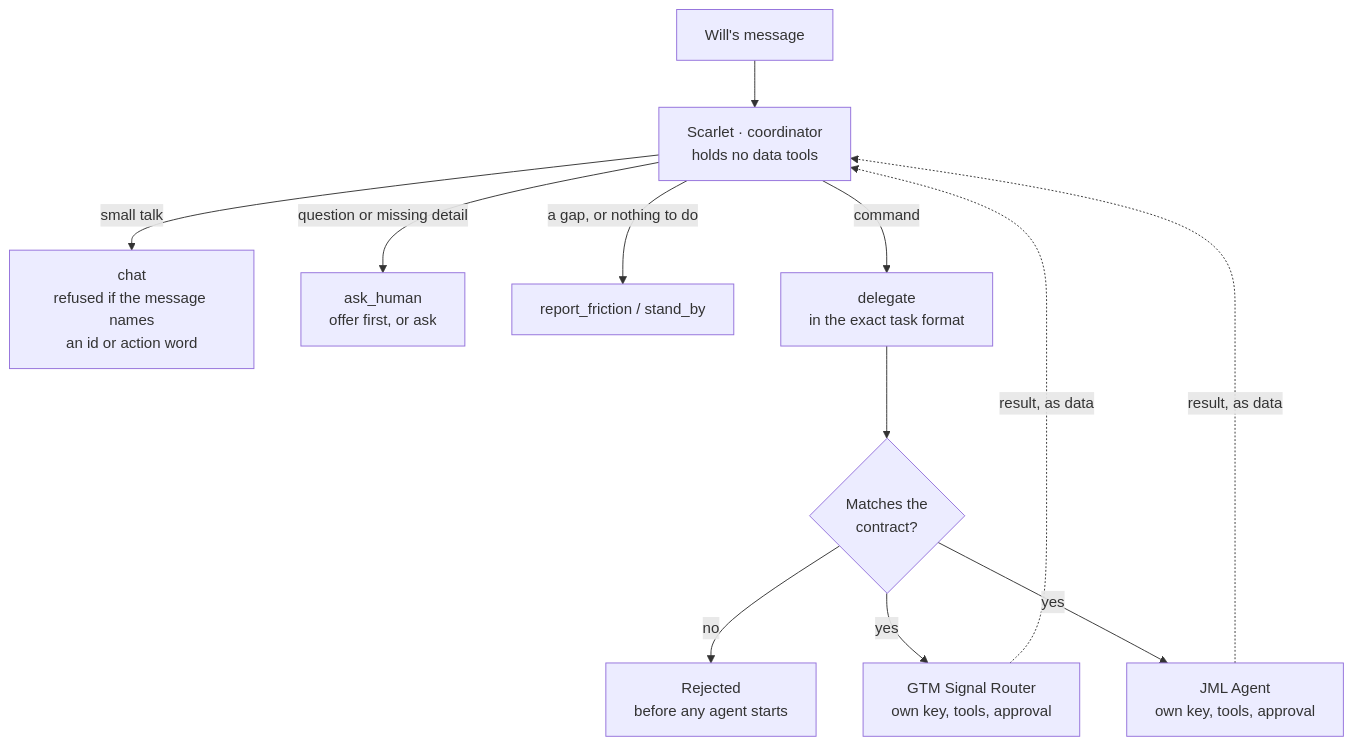
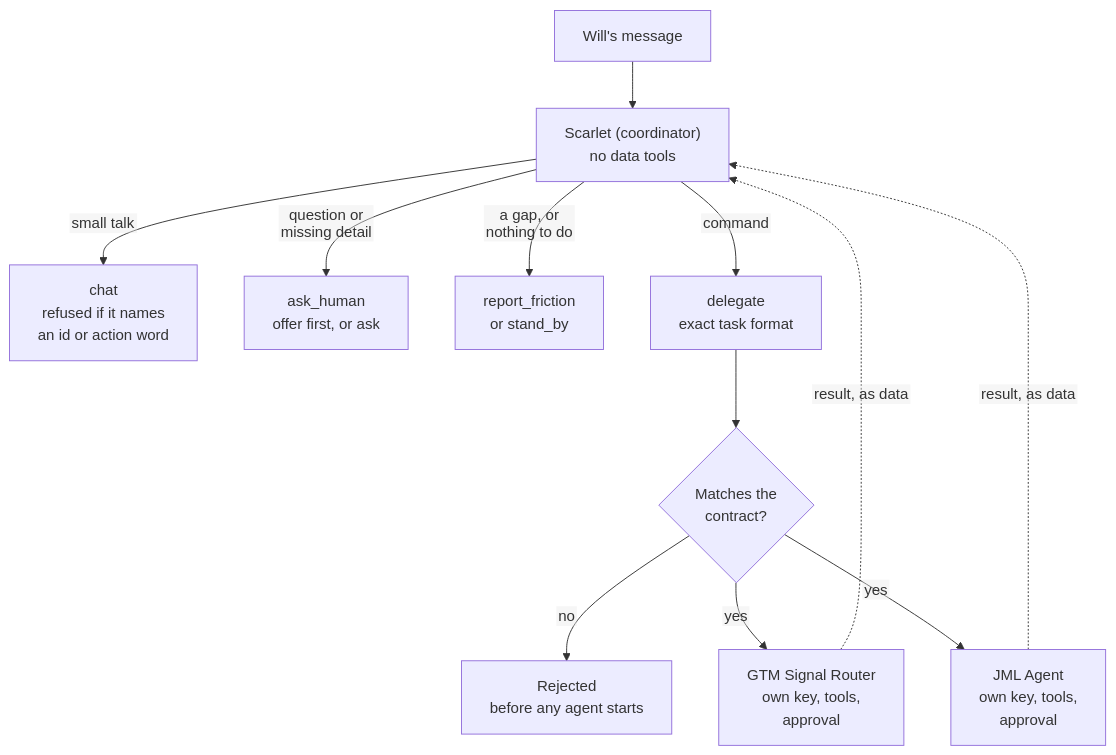
One commit to willshchang/WSHC-ZTAI-Lab changed the second of 2 diagrams in 03-agents/README.md. Above: the diagram before and after it, drawn with Mermaid. The commit also changed other lines of this file and 3 other files, not shown here.

First line of the commit message:
docs: fix clipped diagram labels on GitHub

````diff
--- a/03-agents/README.md
+++ b/03-agents/README.md
@@ -106,14 +107,15 @@
 ```mermaid
+%%{init: {"flowchart": {"htmlLabels": false}}}%%
 flowchart TD
-    msg["Will's message"] --> scarlet["Scarlet · coordinator<br/>holds no data tools"]
-    scarlet -->|"small talk"| chat["chat<br/>refused if the message names<br/>an id or action word"]
-    scarlet -->|"question or missing detail"| ask["ask_human<br/>offer first, or ask"]
-    scarlet -->|"a gap, or nothing to do"| report["report_friction / stand_by"]
-    scarlet -->|"command"| delegate["delegate<br/>in the exact task format"]
+    msg["Will's message"] --> scarlet["Scarlet (coordinator)<br/>no data tools"]
+    scarlet -->|"small talk"| chat["chat<br/>refused if it names<br/>an id or action word"]
+    scarlet -->|"question or<br/>missing detail"| ask["ask_human<br/>offer first, or ask"]
+    scarlet -->|"a gap, or<br/>nothing to do"| report["report_friction<br/>or stand_by"]
+    scarlet -->|"command"| delegate["delegate<br/>exact task format"]
     delegate --> contract{"Matches the<br/>contract?"}
     contract -->|"no"| rejected["Rejected<br/>before any agent starts"]
-    contract -->|"yes"| gtm["GTM Signal Router<br/>own key, tools, approval"]
-    contract -->|"yes"| jml["JML Agent<br/>own key, tools, approval"]
+    contract -->|"yes"| gtm["GTM Signal Router<br/>own key, tools,<br/>approval"]
+    contract -->|"yes"| jml["JML Agent<br/>own key, tools,<br/>approval"]
     gtm -.->|"result, as data"| scarlet
     jml -.->|"result, as data"| scarlet
 ```
````
